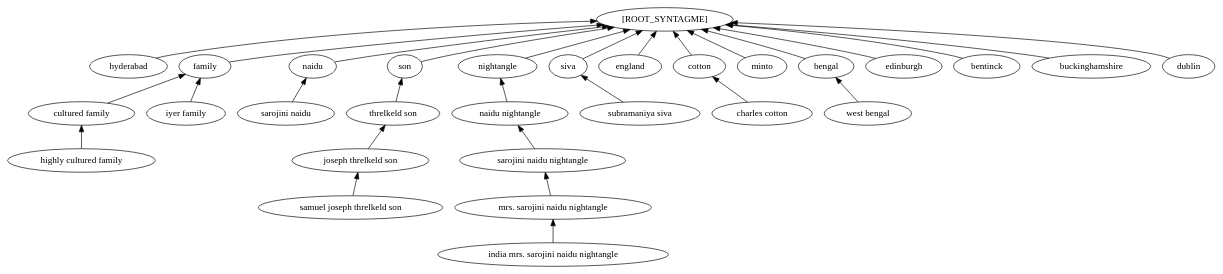
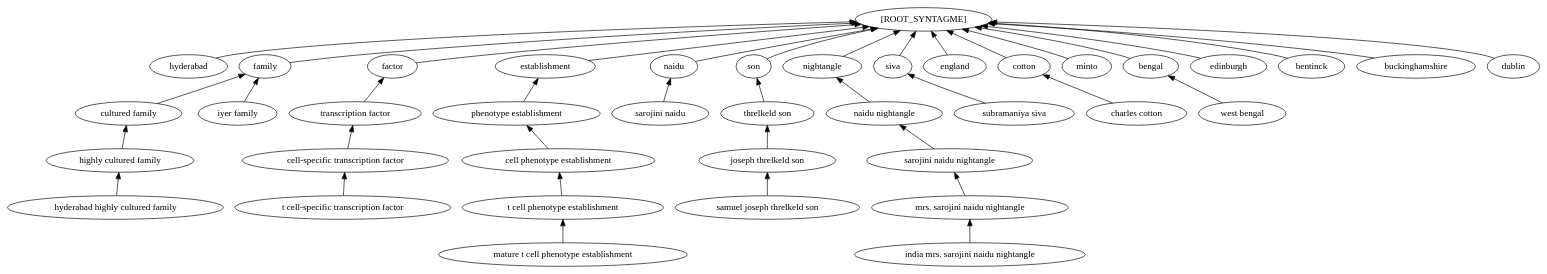
Before and after one commit to PAJEAN/KB_build: the diagram in Data/Graphes/kb.dot, drawn with Graphviz. The commit also changed 8 other files, not shown here.

```diff
--- a/Data/Graphes/kb.dot
+++ b/Data/Graphes/kb.dot
@@ -1,31 +1,41 @@
 digraph word_graph {
  	 rankdir=BT
 	"hyderabad" -> "[ROOT_SYNTAGME]"
 	"joseph threlkeld son" -> "threlkeld son"
 	"family" -> "[ROOT_SYNTAGME]"
+	"transcription factor" -> "factor"
+	"phenotype establishment" -> "establishment"
 	"highly cultured family" -> "cultured family"
 	"sarojini naidu" -> "naidu"
+	"t cell-specific transcription factor" -> "cell-specific transcription factor"
 	"son" -> "[ROOT_SYNTAGME]"
 	"mrs. sarojini naidu nightangle" -> "sarojini naidu nightangle"
 	"nightangle" -> "[ROOT_SYNTAGME]"
 	"siva" -> "[ROOT_SYNTAGME]"
+	"mature t cell phenotype establishment" -> "t cell phenotype establishment"
 	"england" -> "[ROOT_SYNTAGME]"
 	"charles cotton" -> "cotton"
 	"cotton" -> "[ROOT_SYNTAGME]"
 	"minto" -> "[ROOT_SYNTAGME]"
 	"naidu" -> "[ROOT_SYNTAGME]"
 	"samuel joseph threlkeld son" -> "joseph threlkeld son"
 	"bengal" -> "[ROOT_SYNTAGME]"
+	"hyderabad highly cultured family" -> "highly cultured family"
 	"sarojini naidu nightangle" -> "naidu nightangle"
+	"establishment" -> "[ROOT_SYNTAGME]"
 	"west bengal" -> "bengal"
 	"edinburgh" -> "[ROOT_SYNTAGME]"
 	"india mrs. sarojini naidu nightangle" -> "mrs. sarojini naidu nightangle"
 	"iyer family" -> "family"
+	"factor" -> "[ROOT_SYNTAGME]"
+	"cell phenotype establishment" -> "phenotype establishment"
+	"cell-specific transcription factor" -> "transcription factor"
 	"bentinck" -> "[ROOT_SYNTAGME]"
 	"buckinghamshire" -> "[ROOT_SYNTAGME]"
 	"threlkeld son" -> "son"
 	"naidu nightangle" -> "nightangle"
 	"cultured family" -> "family"
 	"dublin" -> "[ROOT_SYNTAGME]"
+	"t cell phenotype establishment" -> "cell phenotype establishment"
 	"subramaniya siva" -> "siva"
 }
```
